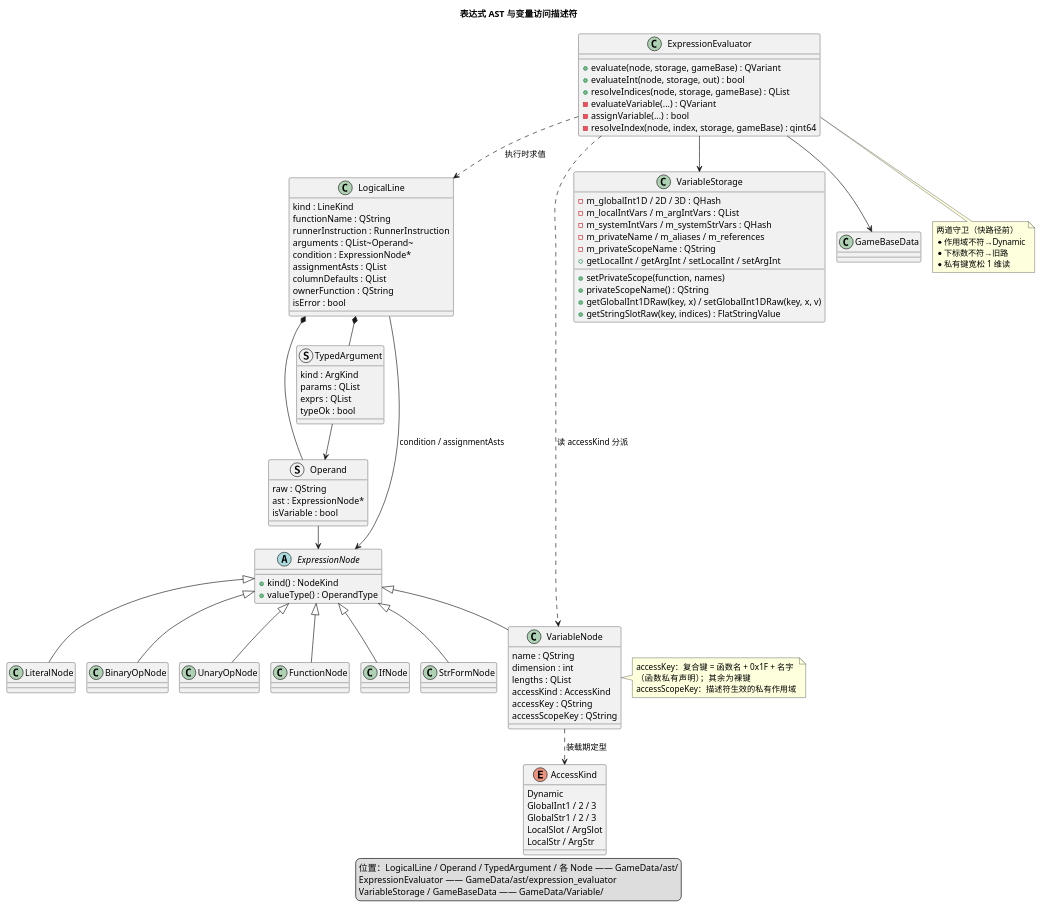
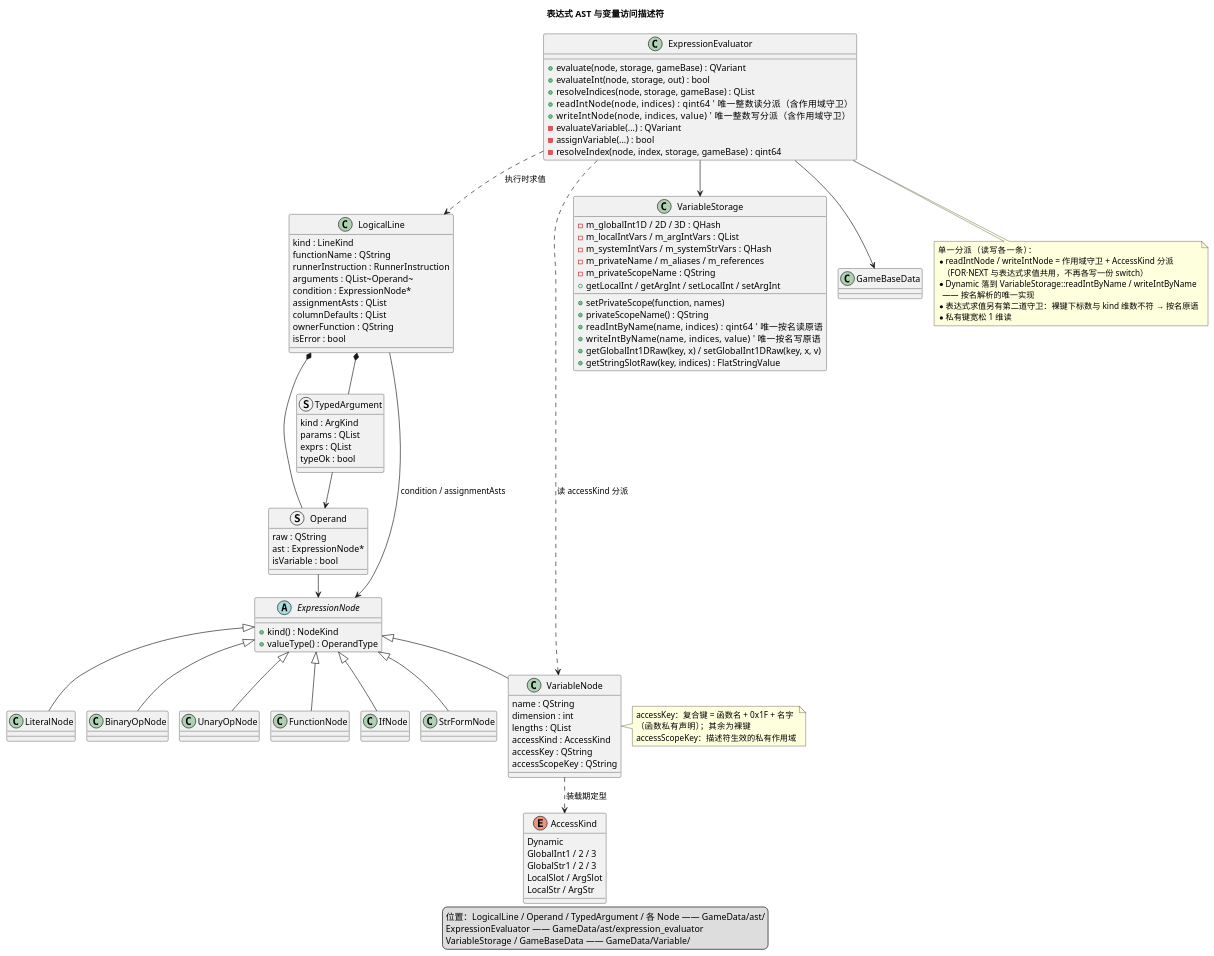
The diagram in docs/uml/03-expression-classes.puml (yigekuyou/qt-eraemu), drawn with PlantUML before and after one commit. The commit also changed 18 other files, not shown here.

```diff
--- a/docs/uml/03-expression-classes.puml
+++ b/docs/uml/03-expression-classes.puml
@@ -1,124 +1,131 @@
 @startuml 03-expression-classes
 ' 无 graphviz(dot) 时用 PlantUML 内置 smetana 布局引擎
 !pragma layout smetana
 ' emuera —— 表达式 AST / 变量访问描述符 / 求值器
 ' 渲染：plantuml -tpng docs/uml/03-expression-classes.puml
 title 表达式 AST 与变量访问描述符
 
   class LogicalLine {
     kind : LineKind
     functionName : QString
     runnerInstruction : RunnerInstruction
     arguments : QList~Operand~
     condition : ExpressionNode*
     assignmentAsts : QList
     columnDefaults : QList
     ownerFunction : QString
     isError : bool
   }
 
   struct Operand {
     raw : QString
     ast : ExpressionNode*
     isVariable : bool
   }
 
   struct TypedArgument {
     kind : ArgKind
     params : QList
     exprs : QList
     typeOk : bool
   }
 
   abstract class ExpressionNode {
     + kind() : NodeKind
     + valueType() : OperandType
   }
 
   class LiteralNode
   class BinaryOpNode
   class UnaryOpNode
   class FunctionNode
   class IfNode
   class StrFormNode
 
   class VariableNode {
     name : QString
     dimension : int
     lengths : QList
     accessKind : AccessKind
     accessKey : QString
     accessScopeKey : QString
   }
 
   enum AccessKind {
     Dynamic
     GlobalInt1 / 2 / 3
     GlobalStr1 / 2 / 3
     LocalSlot / ArgSlot
     LocalStr / ArgStr
   }
 
   class ExpressionEvaluator {
     + evaluate(node, storage, gameBase) : QVariant
     + evaluateInt(node, storage, out) : bool
     + resolveIndices(node, storage, gameBase) : QList
+    + readIntNode(node, indices) : qint64      ' 唯一整数读分派（含作用域守卫）
+    + writeIntNode(node, indices, value)       ' 唯一整数写分派（含作用域守卫）
     - evaluateVariable(...) : QVariant
     - assignVariable(...) : bool
     - resolveIndex(node, index, storage, gameBase) : qint64
   }
 
   class VariableStorage {
     - m_globalInt1D / 2D / 3D : QHash
     - m_localIntVars / m_argIntVars : QList
     - m_systemIntVars / m_systemStrVars : QHash
     - m_privateName / m_aliases / m_references
     - m_privateScopeName : QString
     + setPrivateScope(function, names)
     + privateScopeName() : QString
+    + readIntByName(name, indices) : qint64    ' 唯一按名读原语
+    + writeIntByName(name, indices, value)     ' 唯一按名写原语
     + getGlobalInt1DRaw(key, x) / setGlobalInt1DRaw(key, x, v)
     + getStringSlotRaw(key, indices) : FlatStringValue
     + getLocalInt / getArgInt / setLocalInt / setArgInt
   }
 
 class GameBaseData
 
 LogicalLine *-- Operand
 LogicalLine *-- TypedArgument
 LogicalLine --> ExpressionNode : condition / assignmentAsts
 Operand --> ExpressionNode
 TypedArgument --> Operand
 
 ExpressionNode <|-- LiteralNode
 ExpressionNode <|-- VariableNode
 ExpressionNode <|-- BinaryOpNode
 ExpressionNode <|-- UnaryOpNode
 ExpressionNode <|-- FunctionNode
 ExpressionNode <|-- IfNode
 ExpressionNode <|-- StrFormNode
 
 VariableNode ..> AccessKind : 装载期定型
 ExpressionEvaluator ..> VariableNode : 读 accessKind 分派
 ExpressionEvaluator --> VariableStorage
 ExpressionEvaluator --> GameBaseData
 ExpressionEvaluator ..> LogicalLine : 执行时求值
 
 legend bottom
   位置：LogicalLine / Operand / TypedArgument / 各 Node —— GameData/ast/
   ExpressionEvaluator —— GameData/ast/expression_evaluator
   VariableStorage / GameBaseData —— GameData/Variable/
 endlegend
 
 note right of VariableNode
   accessKey：复合键 = 函数名 + 0x1F + 名字
   （函数私有声明）；其余为裸键
   accessScopeKey：描述符生效的私有作用域
 end note
 
 note bottom of ExpressionEvaluator
-  两道守卫（快路径前）
-  * 作用域不符→Dynamic
-  * 下标数不符→旧路
+  单一分派（读写各一条）：
+  * readIntNode / writeIntNode = 作用域守卫 + AccessKind 分派
+    （FOR·NEXT 与表达式求值共用，不再各写一份 switch）
+  * Dynamic 落到 VariableStorage::readIntByName / writeIntByName
+    —— 按名解析的唯一实现
+  * 表达式求值另有第二道守卫：裸键下标数与 kind 维数不符 → 按名原语
   * 私有键宽松 1 维读
 end note
 @enduml
```
